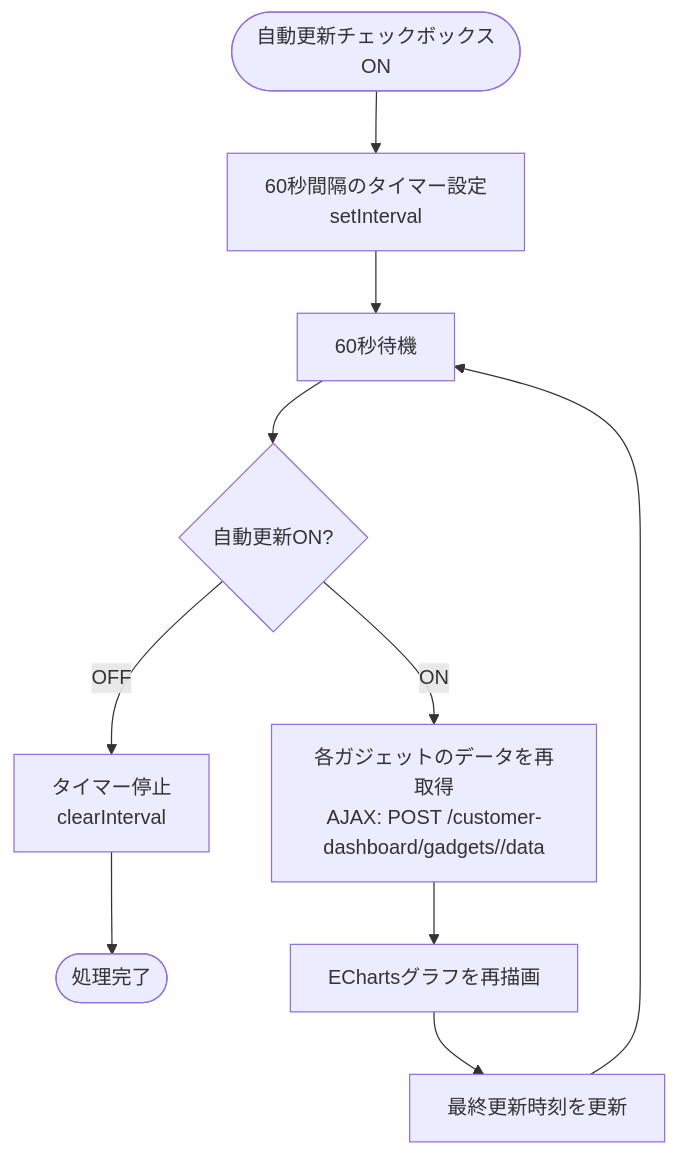
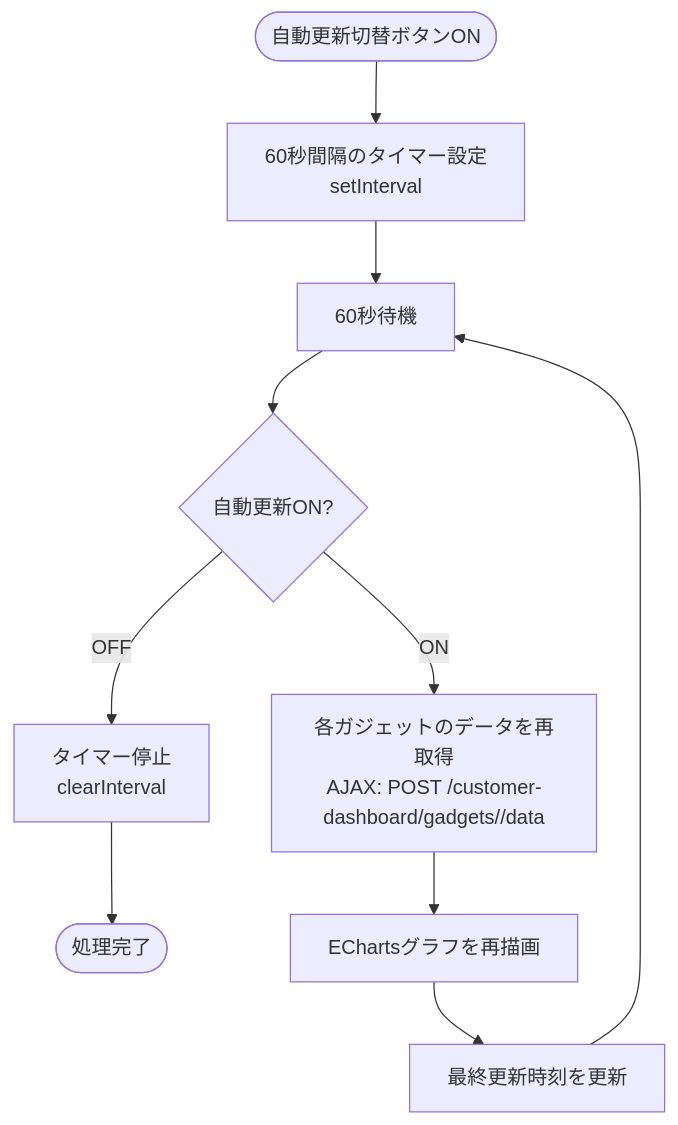
Before and after one commit to NSW-SVCP-AIWG002/Databricks-IoT: diagram 16 of 18 in docs/03-features/flask-app/customer-dashboard/workflow-specification.md, drawn with Mermaid. The commit also changed other lines of this file and 4 other files, not shown here.

````diff
--- a/docs/03-features/flask-app/customer-dashboard/workflow-specification.md
+++ b/docs/03-features/flask-app/customer-dashboard/workflow-specification.md
@@ -2108,13 +2485,13 @@
 ```mermaid
 flowchart TD
-    Start([自動更新チェックボックスON]) --> SetInterval[60秒間隔のタイマー設定<br>setInterval]
+    Start([自動更新切替ボタンON]) --> SetInterval[60秒間隔のタイマー設定<br>setInterval]
     SetInterval --> Wait[60秒待機]
     Wait --> CheckEnabled{自動更新ON?}
     CheckEnabled -->|OFF| ClearInterval[タイマー停止<br>clearInterval]
     ClearInterval --> End([処理完了])
 
     CheckEnabled -->|ON| FetchData[各ガジェットのデータを再取得<br>AJAX: POST /customer-dashboard/gadgets/<gadget_uuid>/data]
     FetchData --> UpdateChart[EChartsグラフを再描画]
     UpdateChart --> UpdateTime[最終更新時刻を更新]
     UpdateTime --> Wait
 ```
````
